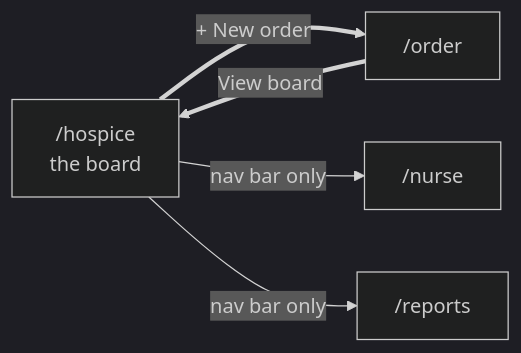
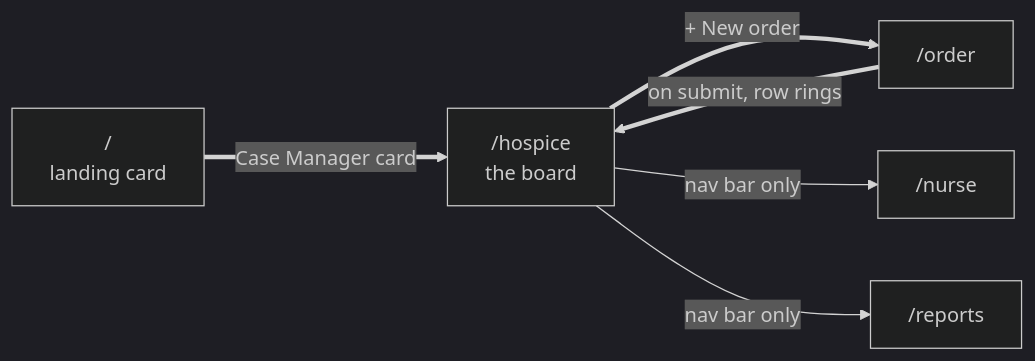
One commit to kr3wangel/betterrx-hackathon-2026 changed the third of 6 diagrams in docs/UX-FLOWS.md. Above: the diagram before and after it, drawn with Mermaid (dark theme). The commit also changed other lines of this file and 9 other files, not shown here.

````diff
--- a/docs/UX-FLOWS.md
+++ b/docs/UX-FLOWS.md
@@ -200,11 +241,13 @@
 ```mermaid
 graph LR
+  L["/<br/>landing card"]
   A["/hospice<br/>the board"]
   B["/order"]
   C["/nurse"]
   D["/reports"]
+  L ==>|"Case Manager card"| A
   A ==>|"+ New order"| B
-  B ==>|"View board"| A
+  B ==>|"on submit, row rings"| A
   A -->|"nav bar only"| C
   A -->|"nav bar only"| D
 ```
````
